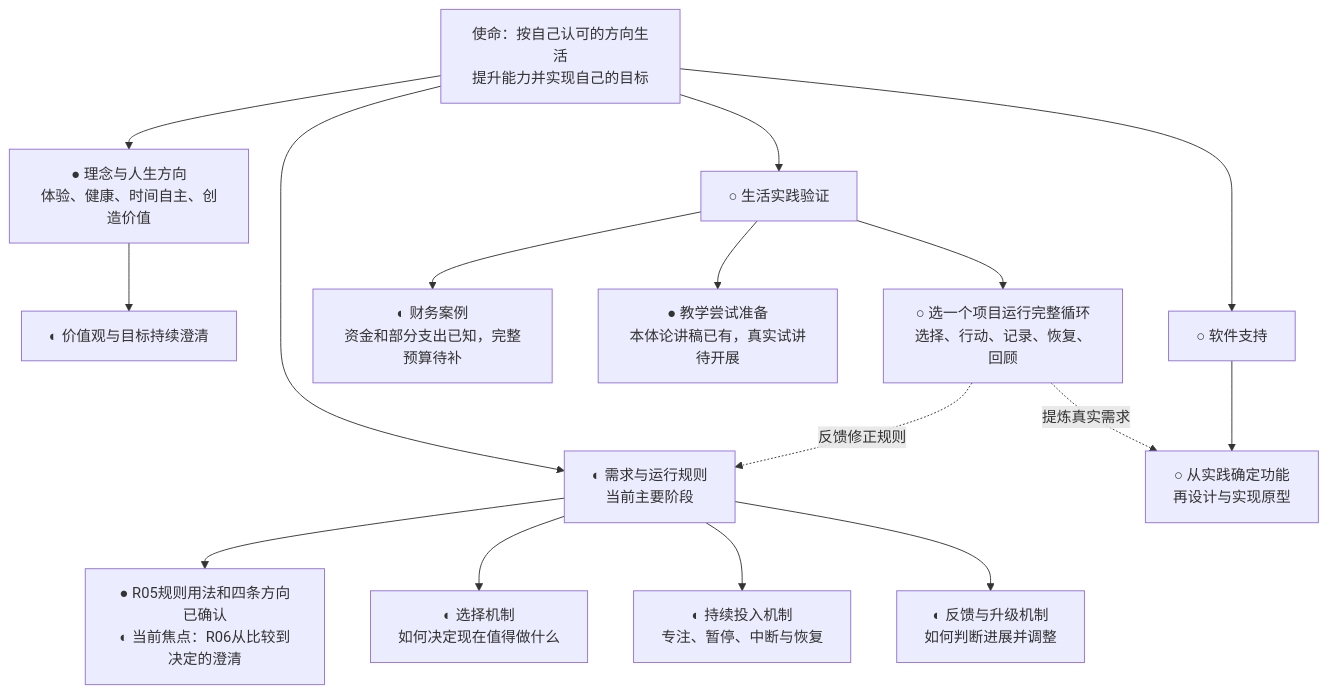
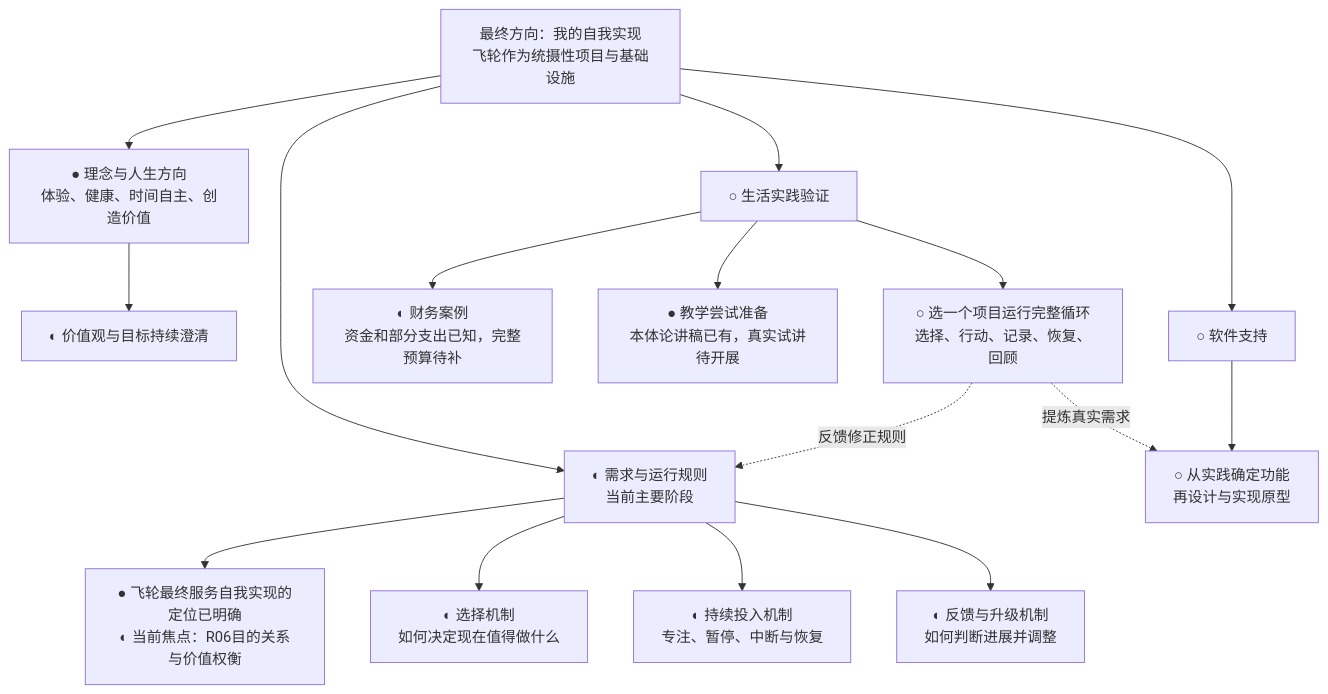
One commit to fangjiaqi2023-jpg/life-flywheel changed the first of 2 diagrams in 项目/人生飞轮/项目推进图.md. Above: the diagram before and after it, drawn with Mermaid. The commit also changed other lines of this file, not shown here.

````diff
--- a/项目/人生飞轮/项目推进图.md
+++ b/项目/人生飞轮/项目推进图.md
@@ -11,22 +11,22 @@
 ```mermaid
 flowchart TD
-    M[使命：按自己认可的方向生活<br/>提升能力并实现自己的目标]
+    M[最终方向：我的自我实现<br/>飞轮作为统摄性项目与基础设施]
     M --> A[● 理念与人生方向<br/>体验、健康、时间自主、创造价值]
     M --> B[◐ 需求与运行规则<br/>当前主要阶段]
     M --> C[○ 生活实践验证]
     M --> D[○ 软件支持]
 
     A --> A1[◐ 价值观与目标持续澄清]
-    B --> B0[● R05规则用法和四条方向已确认<br/>◐ 当前焦点：R06从比较到决定的澄清]
+    B --> B0[● 飞轮最终服务自我实现的定位已明确<br/>◐ 当前焦点：R06目的关系与价值权衡]
     B --> B1[◐ 选择机制<br/>如何决定现在值得做什么]
     B --> B2[◐ 持续投入机制<br/>专注、暂停、中断与恢复]
     B --> B3[◐ 反馈与升级机制<br/>如何判断进展并调整]
 
     C --> C1[◐ 财务案例<br/>资金和部分支出已知，完整预算待补]
     C --> C2[● 教学尝试准备<br/>本体论讲稿已有，真实试讲待开展]
     C --> C3[○ 选一个项目运行完整循环<br/>选择、行动、记录、恢复、回顾]
     D --> D1[○ 从实践确定功能<br/>再设计与实现原型]
 
     C3 -.反馈修正规则.-> B
     C3 -.提炼真实需求.-> D1
 ```
````
